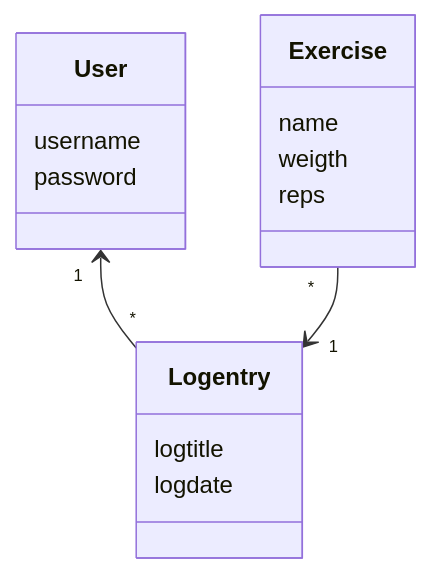
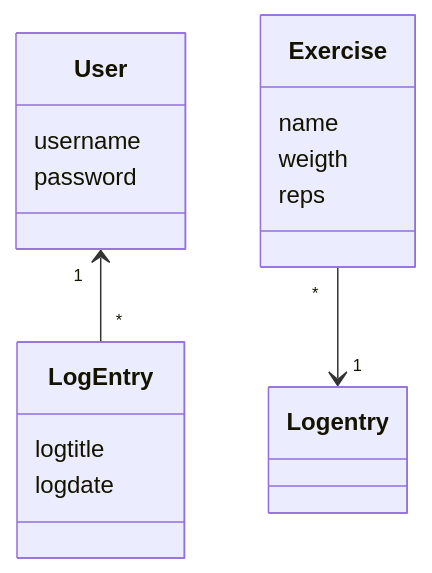
One commit to brotholi/ot-harjoitustyo changed the diagram in dokumentaatio/arkkitehtuuri.md. Above: the diagram before and after it, drawn with Mermaid.

````diff
--- a/dokumentaatio/arkkitehtuuri.md
+++ b/dokumentaatio/arkkitehtuuri.md
@@ -1,18 +1,18 @@
 ```mermaid
  classDiagram
-      User "1" <-- "*" Logentry
+      User "1" <-- "*" LogEntry
       Exercise "*" --> "1" Logentry
       class User{
           username
           password
       }
-      class Logentry{
+      class LogEntry{
           logtitle
           logdate
       }
       class Exercise{
           name
           weigth
           reps
       }
 ```
````
